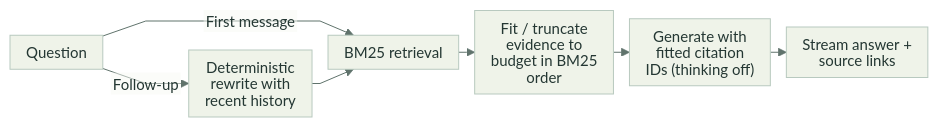
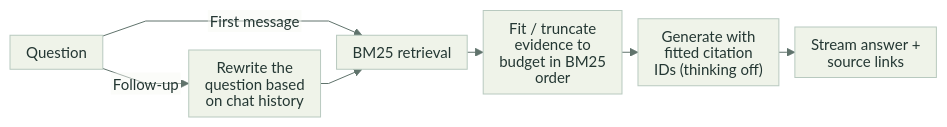
Before and after one commit to castorini/ragbox: the diagram in docs/diagrams/local-inference.mmd, drawn with Mermaid. The commit also changed 1 other file, not shown here.

Commit message:
Compact inference diagram and clarify rewrite step

```diff
--- a/docs/diagrams/local-inference.mmd
+++ b/docs/diagrams/local-inference.mmd
@@ -1,33 +1,33 @@
 ---
 config:
   theme: base
   look: classic
   htmlLabels: false
   themeCSS: 'text, tspan { font-family: system-ui, sans-serif !important; }'
   themeVariables:
     fontFamily: 'system-ui, sans-serif'
     fontSize: '15px'
     primaryColor: '#eff3e9'
     primaryTextColor: '#243733'
     primaryBorderColor: '#b8c9bf'
     lineColor: '#60736c'
     edgeLabelBackground: '#f7f9f3'
   flowchart:
     curve: linear
     nodeSpacing: 16
     rankSpacing: 16
     padding: 8
     minNodeWidth: 0
     wrappingWidth: 110
 ---
 %% Rendered at runtime by src/inference-diagram.ts.
 flowchart LR
   accTitle: Local inference request flow
   accDescr: First messages go directly to BM25 retrieval. Follow-ups are rewritten with recent history. Evidence is fitted in BM25 order and truncated to the input budget. The model generates with fitted citation IDs and thinking disabled, then streams the answer with source links.
 
-  question["Question"] -->|"Follow-up"| rewrite["`Deterministic rewrite with recent history`"]
+  question["Question"] -->|"Follow-up"| rewrite["`Rewrite the question based on chat history`"]
   question -->|"First message"| retrieval["BM25 retrieval"]
   rewrite --> retrieval
   retrieval --> evidence["`Fit / truncate evidence to budget in BM25 order`"]
   evidence --> generation["`Generate with fitted citation IDs (thinking off)`"]
   generation --> answer["`Stream answer + source links`"]
```
